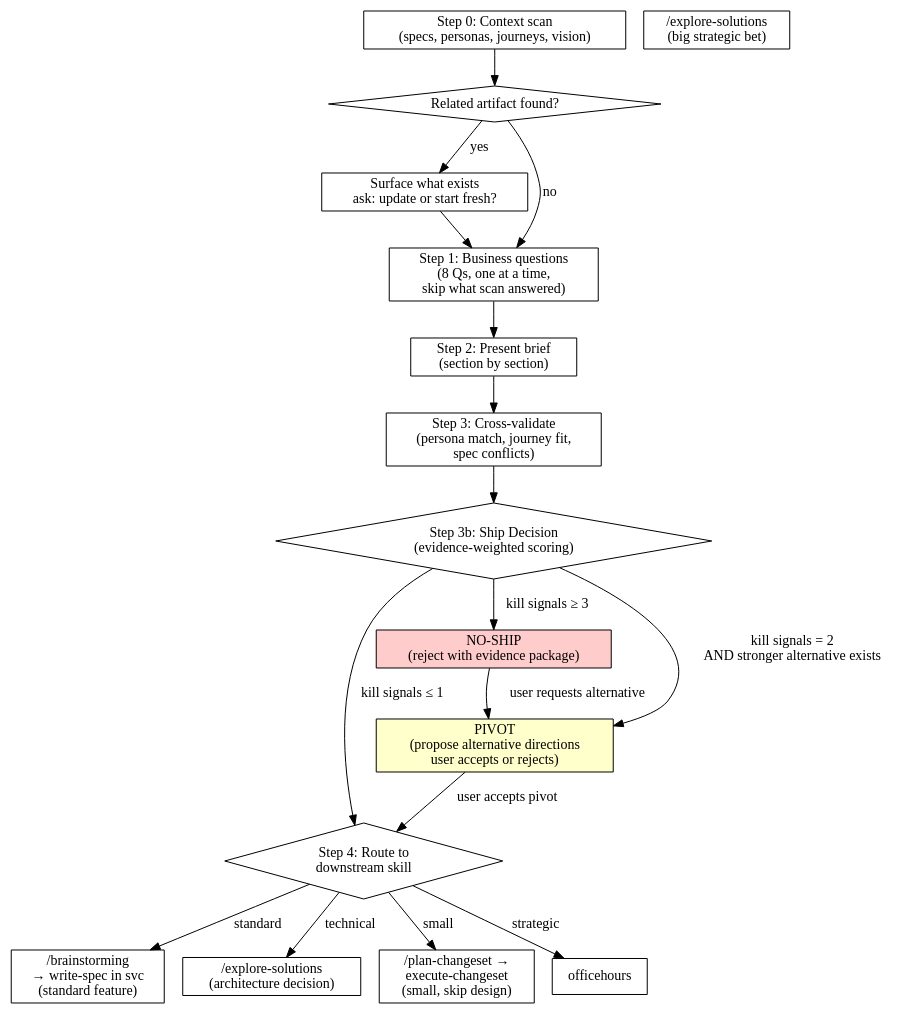
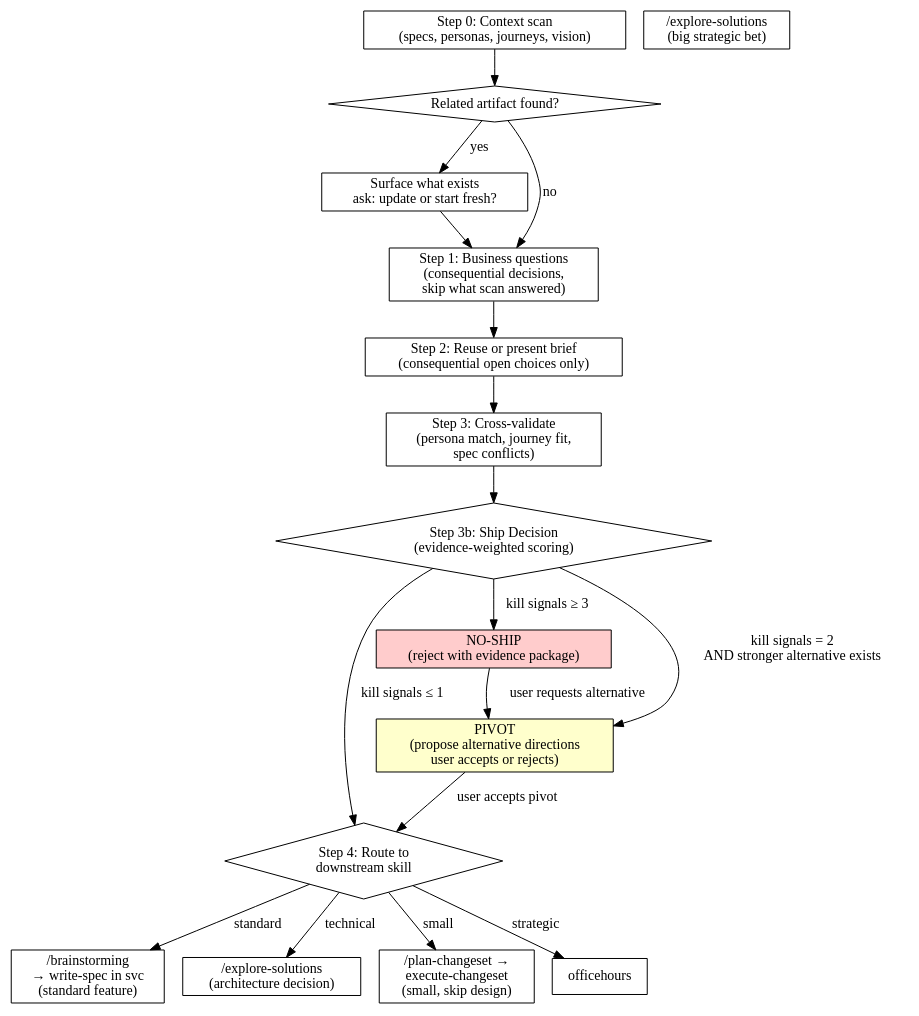
The diagram in skills/validate-feature/SKILL.md (shipwithstef/ssve), drawn with Graphviz before and after one commit. The commit also changed other lines of this file and 30 other files, not shown here.

````diff
--- a/skills/validate-feature/SKILL.md
+++ b/skills/validate-feature/SKILL.md
@@ -143,39 +117,39 @@
 ```dot
 digraph feature_discovery {
     rankdir=TB;
     node [shape=box];
 
     scan [label="Step 0: Context scan\n(specs, personas, journeys, vision)"];
     existing [label="Related artifact found?" shape=diamond];
     surface [label="Surface what exists\nask: update or start fresh?"];
-    questions [label="Step 1: Business questions\n(8 Qs, one at a time,\nskip what scan answered)"];
-    brief [label="Step 2: Present brief\n(section by section)"];
+    questions [label="Step 1: Business questions\n(consequential decisions,\nskip what scan answered)"];
+    brief [label="Step 2: Reuse or present brief\n(consequential open choices only)"];
     crossval [label="Step 3: Cross-validate\n(persona match, journey fit,\nspec conflicts)"];
     verdict [label="Step 3b: Ship Decision\n(evidence-weighted scoring)" shape=diamond];
     route [label="Step 4: Route to\ndownstream skill" shape=diamond];
 
     noship [label="NO-SHIP\n(reject with evidence package)" shape=box style=filled fillcolor="#ffcccc"];
     pivot [label="PIVOT\n(propose alternative directions\nuser accepts or rejects)" shape=box style=filled fillcolor="#ffffcc"];
     brainstorm [label="/brainstorming\n→ write-spec in svc\n(standard feature)"];
     strategicbet [label="/explore-solutions\n(big strategic bet)"];
     explorer [label="/explore-solutions\n(architecture decision)"];
     plans [label="/plan-changeset →\nexecute-changeset\n(small, skip design)"];
 
     scan -> existing;
     existing -> surface [label="yes"];
     existing -> questions [label="no"];
     surface -> questions;
     questions -> brief;
     brief -> crossval;
     crossval -> verdict;
     verdict -> noship [label="kill signals ≥ 3"];
     verdict -> pivot [label="kill signals = 2\nAND stronger alternative exists"];
     verdict -> route [label="kill signals ≤ 1"];
     noship -> pivot [label="user requests alternative"];
     pivot -> route [label="user accepts pivot"];
     route -> brainstorm [label="standard"];
     route -> officehours [label="strategic"];
     route -> explorer [label="technical"];
     route -> plans [label="small"];
 }
 ```
````
